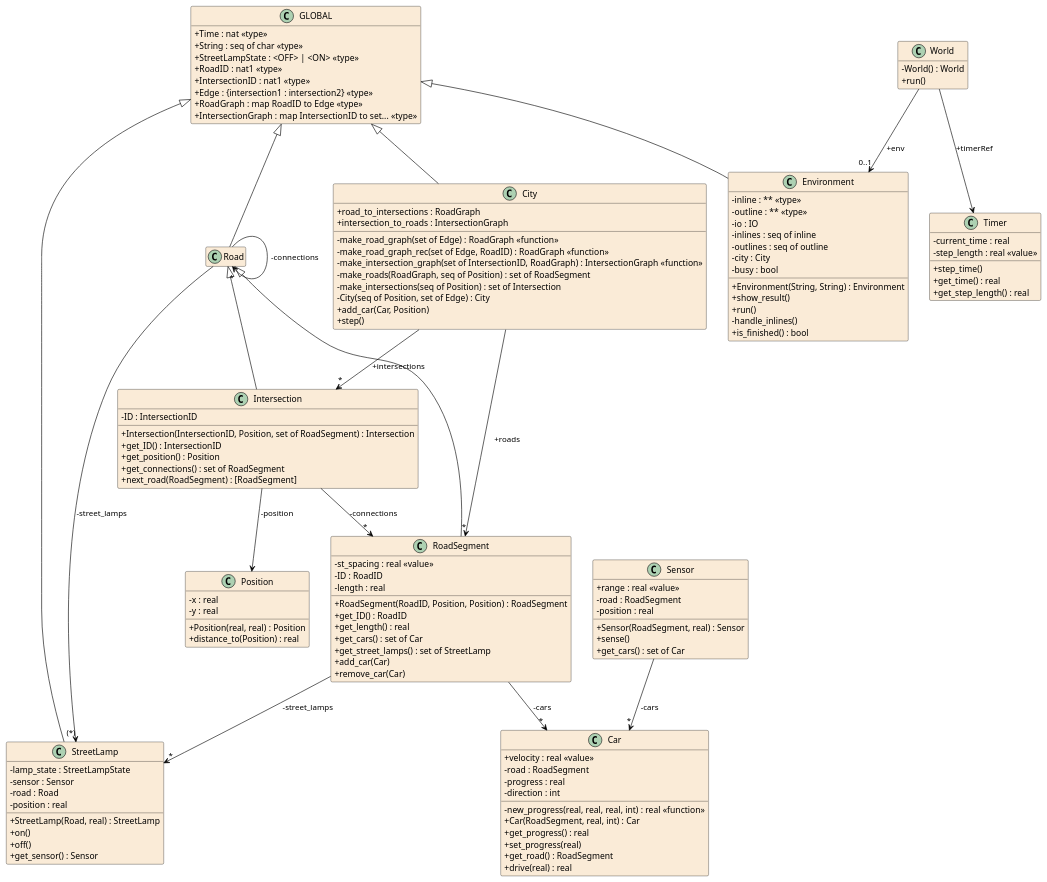
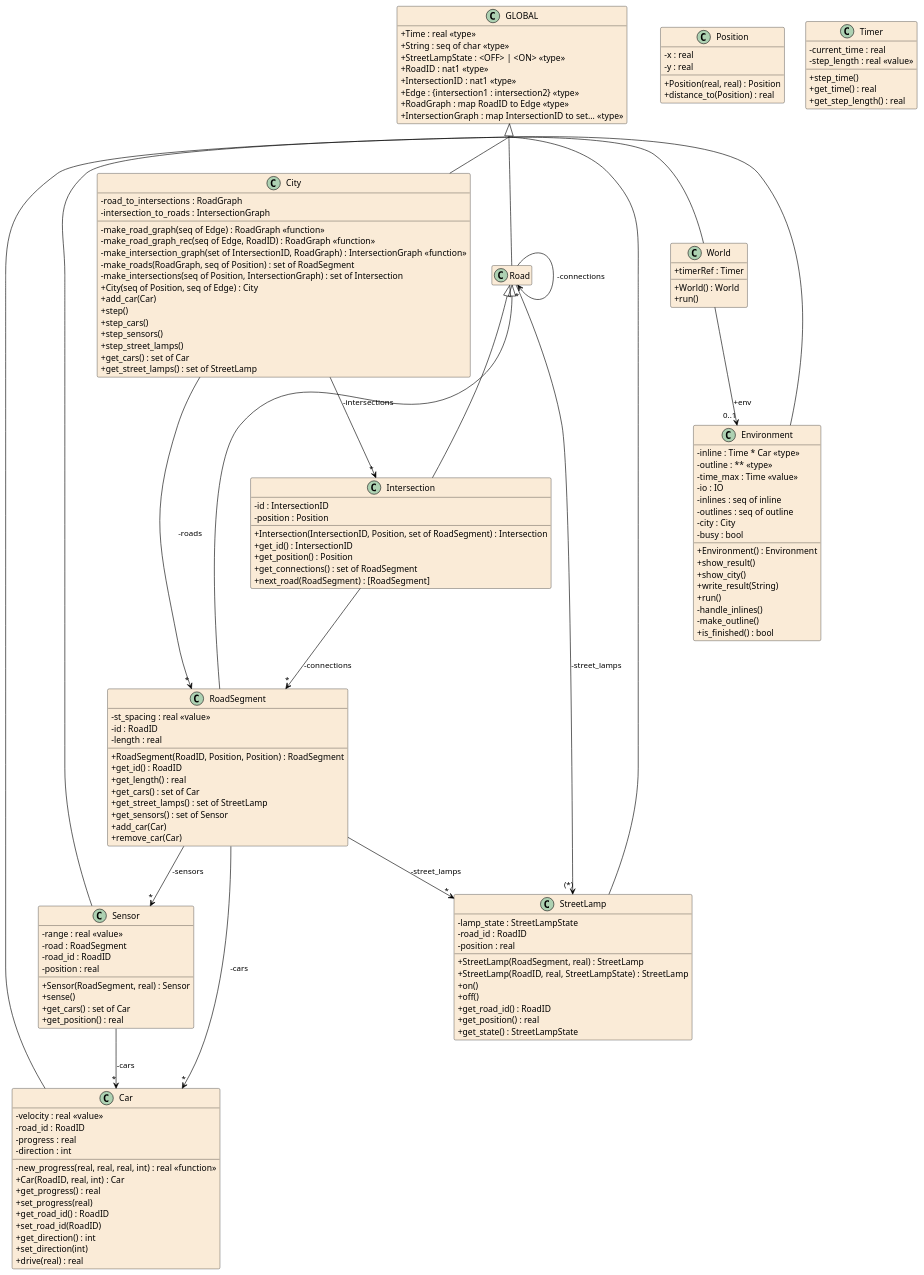
The diagram in .generated/vdm2uml/mcs-ambient-light.puml (JnsJensen/mcs-ambient-light), drawn with PlantUML before and after one commit. The commit also changed 46 other files, not shown here.

```diff
--- a/.generated/vdm2uml/mcs-ambient-light.puml
+++ b/.generated/vdm2uml/mcs-ambient-light.puml
@@ -1,162 +1,184 @@
 @startuml mcs-ambient-light
 
 hide empty members
 skinparam Shadowing false
 skinparam classAttributeIconSize 0
 skinparam ClassBorderThickness 0.5
 skinparam groupInheritance 5
 skinparam class {
 	BackgroundColor AntiqueWhite
 	ArrowColor Black
 	BorderColor Black
 }
 skinparam defaultTextAlignment center
 
+
+class Road
+{
+}
+
+class Position
+{
+	-x : real
+	-y : real
+	+Position(real, real) : Position
+	+distance_to(Position) : real
+}
+
 class GLOBAL
 {
-	+Time : nat <<type>>
+	+Time : real <<type>>
 	+String : seq of char <<type>>
 	+StreetLampState : <OFF> | <ON> <<type>>
 	+RoadID : nat1 <<type>>
 	+IntersectionID : nat1 <<type>>
 	+Edge : {intersection1 : intersection2} <<type>>
 	+RoadGraph : map RoadID to Edge <<type>>
 	+IntersectionGraph : map IntersectionID to set... <<type>>
 }
 
-class Car
-{
-	+velocity : real <<value>>
-	-road : RoadSegment
-	-progress : real
-	-direction : int
-	-new_progress(real, real, real, int) : real <<function>>
-	+Car(RoadSegment, real, int) : Car
-	+get_progress() : real
-	+set_progress(real)
-	+get_road() : RoadSegment
-	+drive(real) : real
-}
-
-class City
-{
-	+road_to_intersections : RoadGraph
-	+intersection_to_roads : IntersectionGraph
-	-make_road_graph(set of Edge) : RoadGraph <<function>>
-	-make_road_graph_rec(set of Edge, RoadID) : RoadGraph <<function>>
-	-make_intersection_graph(set of IntersectionID, RoadGraph) : IntersectionGraph <<function>>
-	-make_roads(RoadGraph, seq of Position) : set of RoadSegment
-	-make_intersections(seq of Position) : set of Intersection
-	-City(seq of Position, set of Edge) : City
-	+add_car(Car, Position)
-	+step()
-}
-
 class Intersection
 {
-	-ID : IntersectionID
+	-id : IntersectionID
+	-position : Position
 	+Intersection(IntersectionID, Position, set of RoadSegment) : Intersection
-	+get_ID() : IntersectionID
+	+get_id() : IntersectionID
 	+get_position() : Position
 	+get_connections() : set of RoadSegment
 	+next_road(RoadSegment) : [RoadSegment]
-}
-
-class Road
-{
-}
-
-class RoadSegment
-{
-	-st_spacing : real <<value>>
-	-ID : RoadID
-	-length : real
-	+RoadSegment(RoadID, Position, Position) : RoadSegment
-	+get_ID() : RoadID
-	+get_length() : real
-	+get_cars() : set of Car
-	+get_street_lamps() : set of StreetLamp
-	+add_car(Car)
-	+remove_car(Car)
-}
-
-class Sensor
-{
-	+range : real <<value>>
-	-road : RoadSegment
-	-position : real
-	+Sensor(RoadSegment, real) : Sensor
-	+sense()
-	+get_cars() : set of Car
-}
-
-class StreetLamp
-{
-	-lamp_state : StreetLampState
-	-sensor : Sensor
-	-road : Road
-	-position : real
-	+StreetLamp(Road, real) : StreetLamp
-	+on()
-	+off()
-	+get_sensor() : Sensor
 }
 
 class Timer
 {
 	-current_time : real
 	-step_length : real <<value>>
 	+step_time()
 	+get_time() : real
 	+get_step_length() : real
 }
 
+class World
+{
+	+timerRef : Timer
+	+World() : World
+	+run()
+}
+
+class Car
+{
+	-velocity : real <<value>>
+	-road_id : RoadID
+	-progress : real
+	-direction : int
+	-new_progress(real, real, real, int) : real <<function>>
+	+Car(RoadID, real, int) : Car
+	+get_progress() : real
+	+set_progress(real)
+	+get_road_id() : RoadID
+	+set_road_id(RoadID)
+	+get_direction() : int
+	+set_direction(int)
+	+drive(real) : real
+}
+
+class City
+{
+	-road_to_intersections : RoadGraph
+	-intersection_to_roads : IntersectionGraph
+	-make_road_graph(seq of Edge) : RoadGraph <<function>>
+	-make_road_graph_rec(seq of Edge, RoadID) : RoadGraph <<function>>
+	-make_intersection_graph(set of IntersectionID, RoadGraph) : IntersectionGraph <<function>>
+	-make_roads(RoadGraph, seq of Position) : set of RoadSegment
+	-make_intersections(seq of Position, IntersectionGraph) : set of Intersection
+	+City(seq of Position, seq of Edge) : City
+	+add_car(Car)
+	+step()
+	+step_cars()
+	+step_sensors()
+	+step_street_lamps()
+	+get_cars() : set of Car
+	+get_street_lamps() : set of StreetLamp
+}
+
 class Environment
 {
-	-inline : ** <<type>>
+	-inline : Time * Car <<type>>
 	-outline : ** <<type>>
+	-time_max : Time <<value>>
 	-io : IO
 	-inlines : seq of inline
 	-outlines : seq of outline
 	-city : City
 	-busy : bool
-	+Environment(String, String) : Environment
+	+Environment() : Environment
 	+show_result()
+	+show_city()
+	+write_result(String)
 	+run()
 	-handle_inlines()
+	-make_outline()
 	+is_finished() : bool
 }
 
-class Position
+class RoadSegment
 {
-	-x : real
-	-y : real
-	+Position(real, real) : Position
-	+distance_to(Position) : real
+	-st_spacing : real <<value>>
+	-id : RoadID
+	-length : real
+	+RoadSegment(RoadID, Position, Position) : RoadSegment
+	+get_id() : RoadID
+	+get_length() : real
+	+get_cars() : set of Car
+	+get_street_lamps() : set of StreetLamp
+	+get_sensors() : set of Sensor
+	+add_car(Car)
+	+remove_car(Car)
 }
 
-class World
+class Sensor
 {
-	-World() : World
-	+run()
+	-range : real <<value>>
+	-road : RoadSegment
+	-road_id : RoadID
+	-position : real
+	+Sensor(RoadSegment, real) : Sensor
+	+sense()
+	+get_cars() : set of Car
+	+get_position() : real
 }
 
-Intersection --> Position : -position
-World --> Timer : +timerRef
-City --> "*" Intersection : +intersections
-City --> "*" RoadSegment : +roads
-GLOBAL <|-- City
-Intersection --> "*" RoadSegment : -connections
-Road <|-- Intersection
+class StreetLamp
+{
+	-lamp_state : StreetLampState
+	-road_id : RoadID
+	-position : real
+	+StreetLamp(RoadSegment, real) : StreetLamp
+	+StreetLamp(RoadID, real, StreetLampState) : StreetLamp
+	+on()
+	+off()
+	+get_road_id() : RoadID
+	+get_position() : real
+	+get_state() : StreetLampState
+}
+
 Road --> "(*)" StreetLamp : -street_lamps
 Road --> "*" Road : -connections
 GLOBAL <|-- Road
+Intersection --> "*" RoadSegment : -connections
+Road <|-- Intersection
+World --> "0..1" Environment : +env
+GLOBAL <|-- World
+GLOBAL <|-- Car
+City --> "*" Intersection : -intersections
+City --> "*" RoadSegment : -roads
+GLOBAL <|-- City
+GLOBAL <|-- Environment
 RoadSegment --> "*" Car : -cars
 RoadSegment --> "*" StreetLamp : -street_lamps
+RoadSegment --> "*" Sensor : -sensors
 Road <|-- RoadSegment
 Sensor --> "*" Car : -cars
+GLOBAL <|-- Sensor
 GLOBAL <|-- StreetLamp
-GLOBAL <|-- Environment
-World --> "0..1" Environment : +env
 
 @enduml
```
